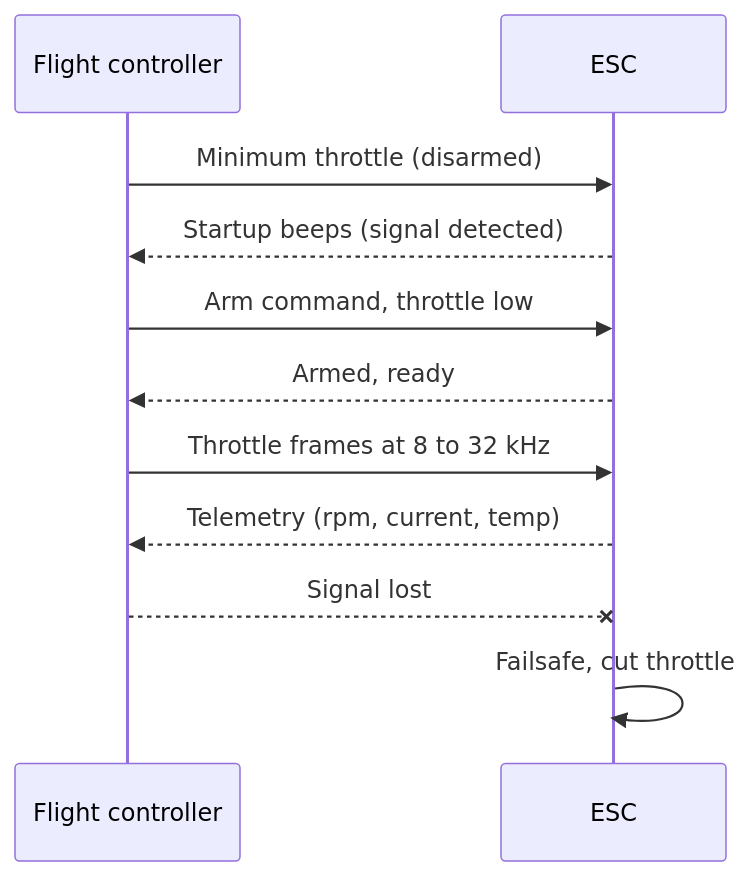
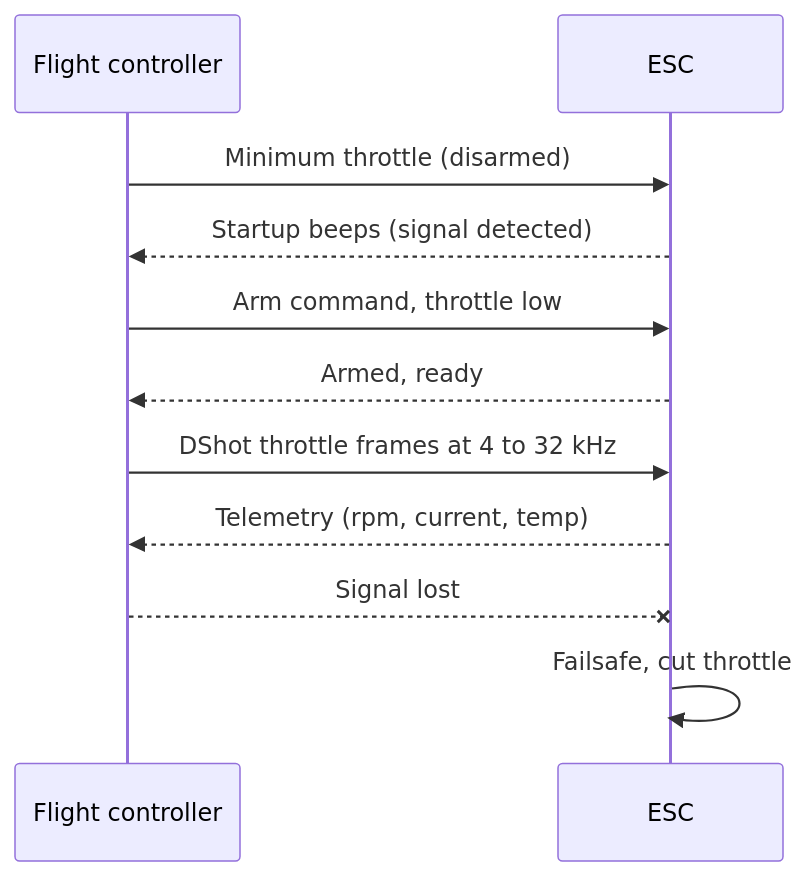
Before and after one commit to atallm7/monty-prep: the second of 2 diagrams in content/questions/q0373.md, drawn with Mermaid. The commit also changed other lines of this file and 27 other files, not shown here.

````diff
--- a/content/questions/q0373.md
+++ b/content/questions/q0373.md
@@ -183,13 +183,13 @@
 ```mermaid
 sequenceDiagram
   participant FC as Flight controller
   participant ESC as ESC
   FC->>ESC: Minimum throttle (disarmed)
   ESC-->>FC: Startup beeps (signal detected)
   FC->>ESC: Arm command, throttle low
   ESC-->>FC: Armed, ready
-  FC->>ESC: Throttle frames at 8 to 32 kHz
+  FC->>ESC: DShot throttle frames at 4 to 32 kHz
   ESC-->>FC: Telemetry (rpm, current, temp)
   FC--xESC: Signal lost
   ESC->>ESC: Failsafe, cut throttle
 ```
````
